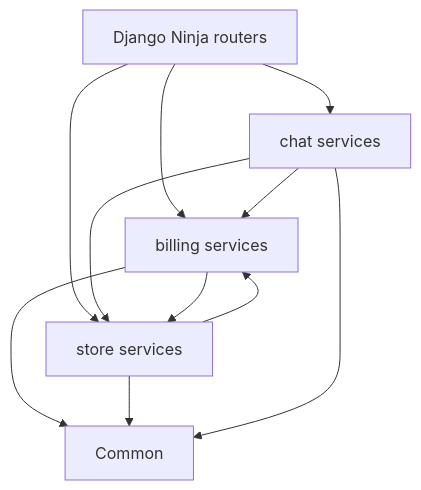
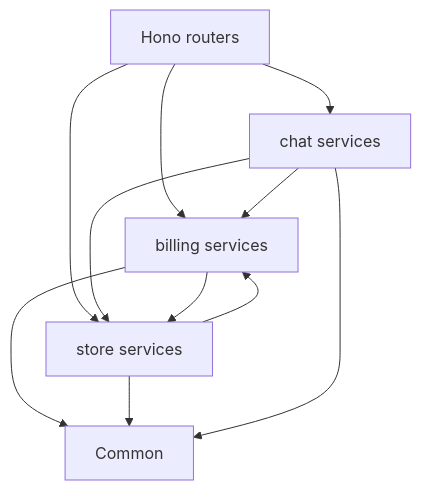
The second of 8 diagrams in _docs/architecture.md (aji-pratama/woocs), drawn with Mermaid before and after one commit. The commit also changed other lines of this file and 85 other files, not shown here.

````diff
--- a/_docs/architecture.md
+++ b/_docs/architecture.md
@@ -91,14 +91,14 @@
 ```mermaid
 flowchart TD
-    API["Django Ninja routers"] --> Billing["billing services"]
+    API["Hono routers"] --> Billing["billing services"]
     API --> Store["store services"]
     API --> Chat["chat services"]
 
     Chat --> Store
     Chat --> Billing
     Store --> Billing
     Billing --> Store
     Billing --> Common
     Store --> Common
     Chat --> Common
 ```
````
